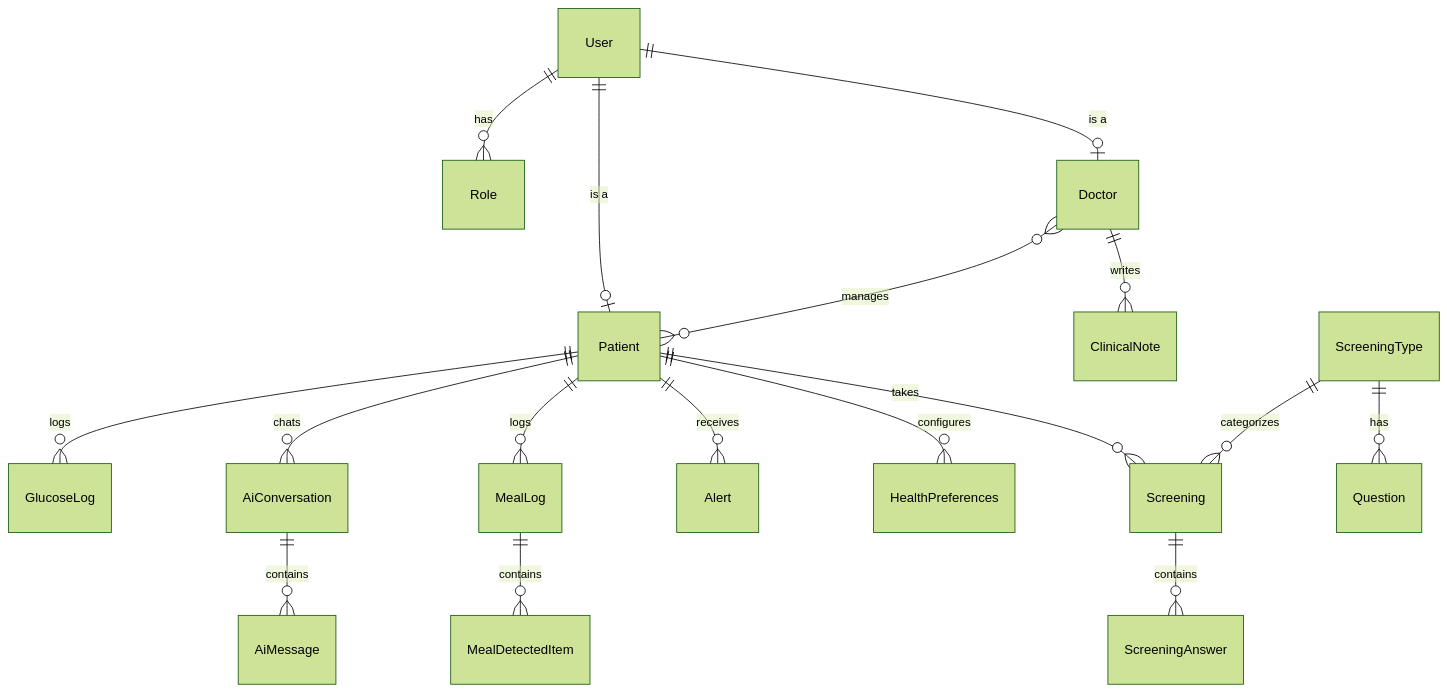
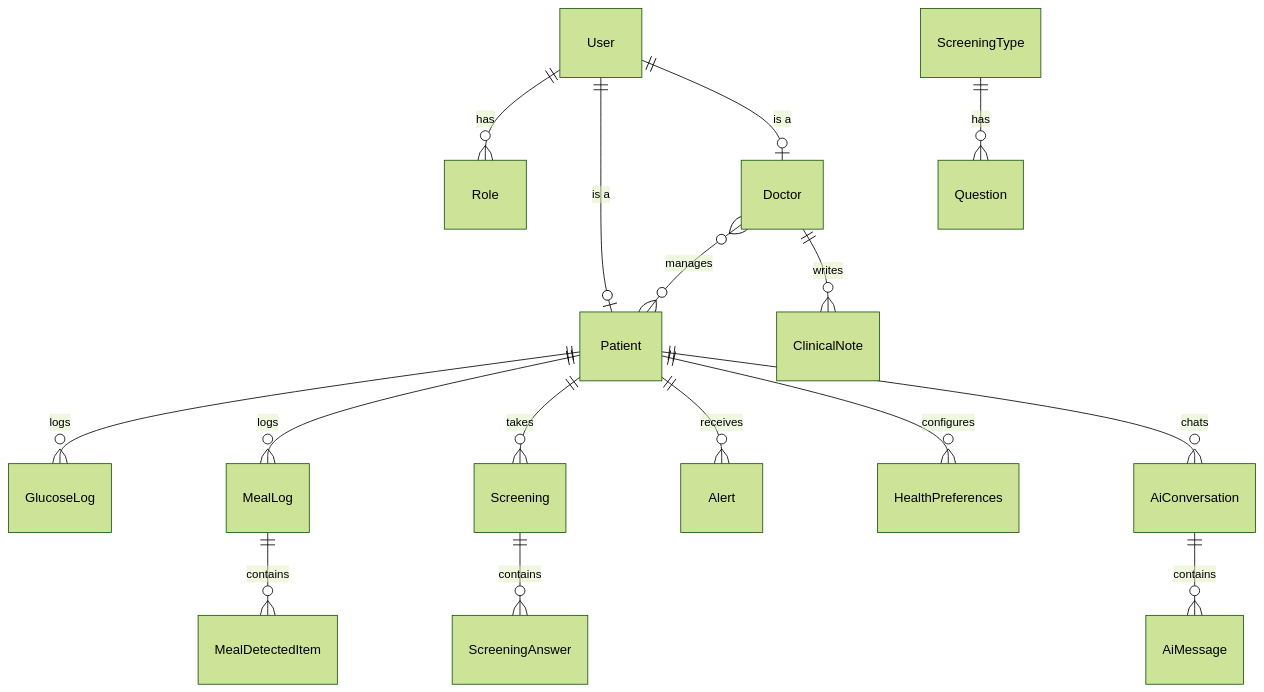
Before and after one commit to Rami-u/System_medical_assistant: the diagram in README.md, drawn with Mermaid (forest theme). The commit also changed other lines of this file, not shown here.

````diff
--- a/README.md
+++ b/README.md
@@ -393,19 +376,18 @@
 ```mermaid
 erDiagram
     User ||--o{ Role : has
     User ||--o| Patient : "is a"
     User ||--o| Doctor : "is a"
     Doctor }o--o{ Patient : manages
     Patient ||--o{ GlucoseLog : logs
     Patient ||--o{ MealLog : logs
     Patient ||--o{ Screening : takes
     Patient ||--o{ Alert : receives
     Patient ||--o{ HealthPreferences : configures
     Patient ||--o{ AiConversation : chats
     Doctor ||--o{ ClinicalNote : writes
     MealLog ||--o{ MealDetectedItem : contains
     ScreeningType ||--o{ Question : has
-    ScreeningType ||--o{ Screening : categorizes
     Screening ||--o{ ScreeningAnswer : contains
     AiConversation ||--o{ AiMessage : contains
 ```
````
